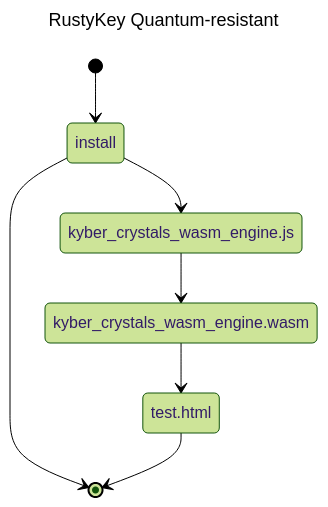
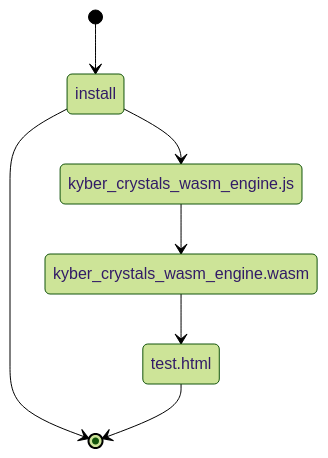
The diagram in README.md (antonymott/quantum-resistant-rustykey), drawn with Mermaid (forest theme) before and after one commit. The commit also changed other lines of this file and 2 other files, not shown here.

````diff
--- a/README.md
+++ b/README.md
@@ -104,14 +219,9 @@
 ```mermaid
----
-title: RustyKey Quantum-resistant
----
 stateDiagram-v2
     [*] --> install
     install --> [*]
-
     install --> kyber_crystals_wasm_engine.js
     kyber_crystals_wasm_engine.js --> kyber_crystals_wasm_engine.wasm
     kyber_crystals_wasm_engine.wasm --> test.html
     test.html --> [*]
-
 ```
````
